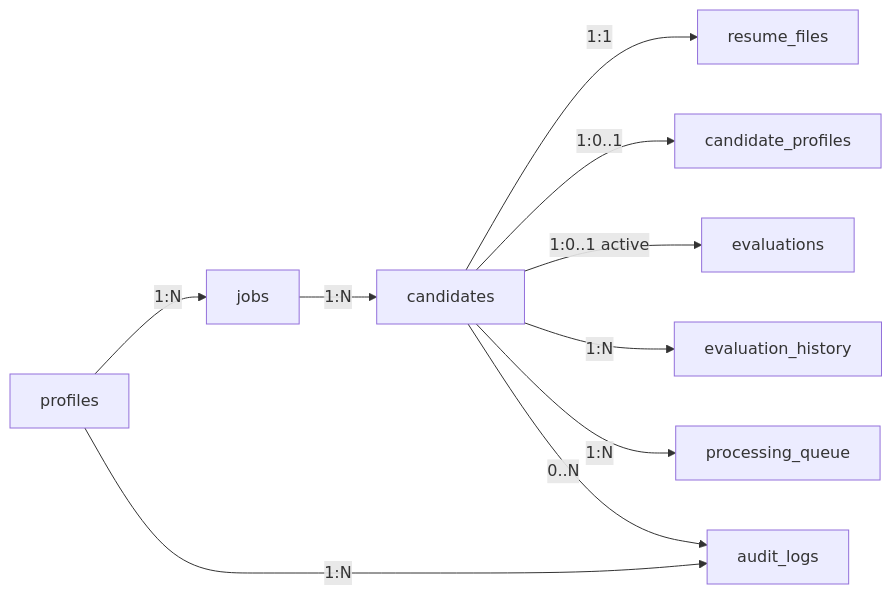
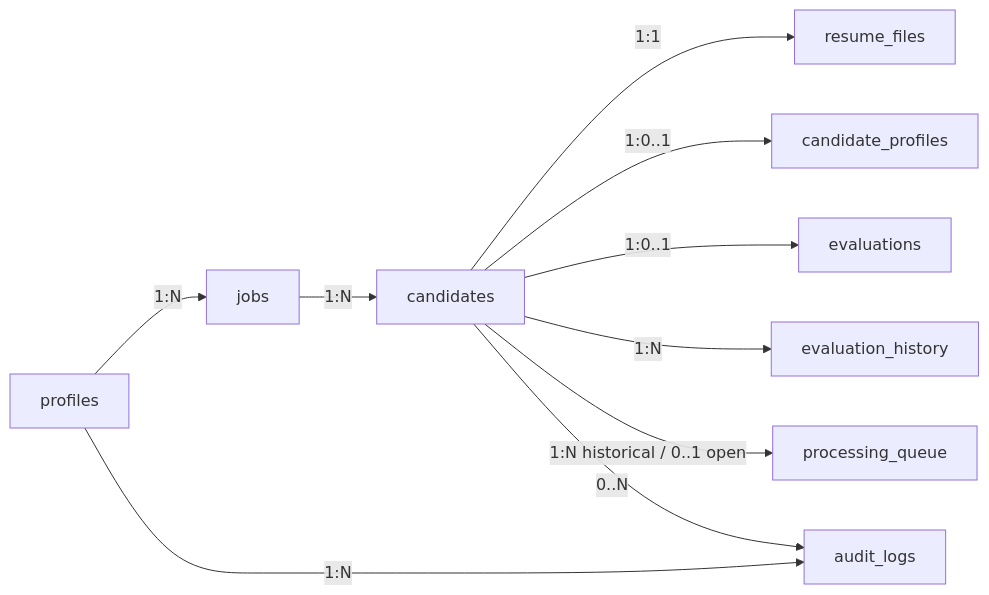
One commit to VishnuVardhan-CH-2022/resume-rank-ai-dev changed the fifth of 8 diagrams in docs/02-design/05-Database-Design-Document.md. Above: the diagram before and after it, drawn with Mermaid. The commit also changed other lines of this file and 3 other files, not shown here.

````diff
--- a/docs/02-design/05-Database-Design-Document.md
+++ b/docs/02-design/05-Database-Design-Document.md
@@ -745,12 +807,12 @@
 ```mermaid
 flowchart LR
   profiles -->|1:N| jobs
   jobs -->|1:N| candidates
   candidates -->|1:1| resume_files
   candidates -->|1:0..1| candidate_profiles
-  candidates -->|1:0..1 active| evaluations
+  candidates -->|1:0..1| evaluations
   candidates -->|1:N| evaluation_history
-  candidates -->|1:N| processing_queue
+  candidates -->|1:N historical / 0..1 open| processing_queue
   profiles -->|1:N| audit_logs
   candidates -->|0..N| audit_logs
 ```
````
